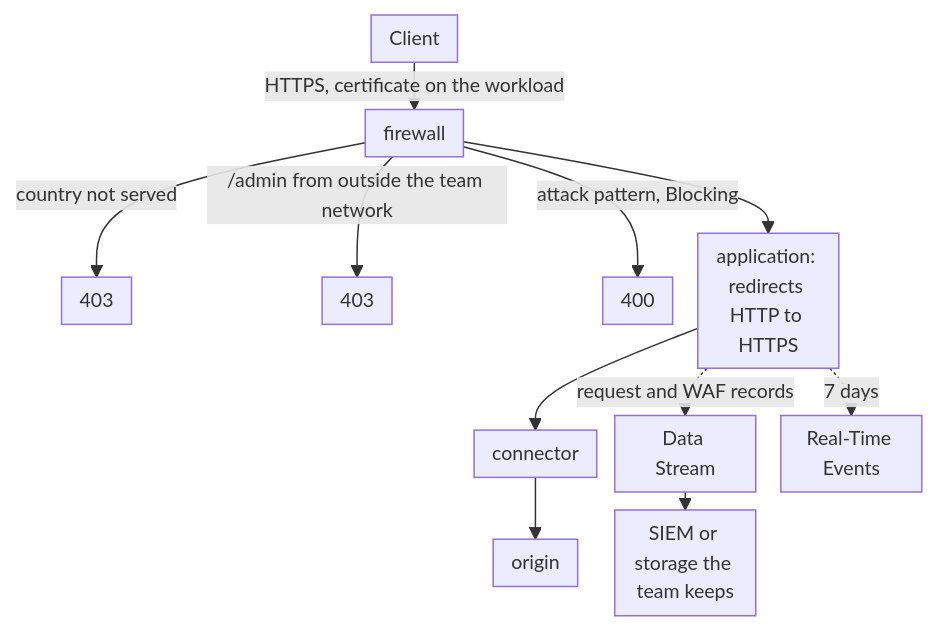
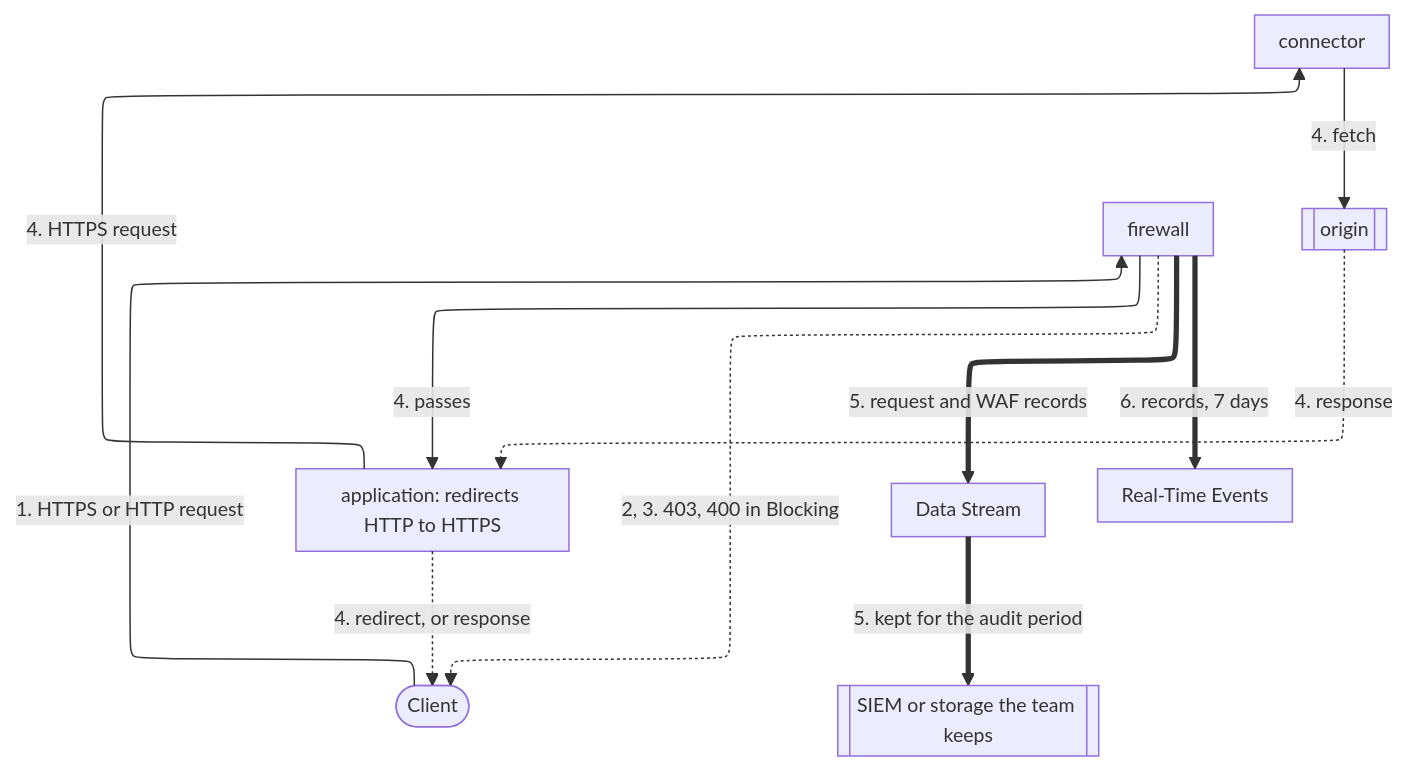
The diagram in apps/docs/src/content/docs/en/pages/architectures/compliance/compliance-architecture.mdx (aziontech/docs), drawn with Mermaid before and after one commit. The commit also changed other lines of this file and 179 other files, not shown here.

Commit message:
docs(diagrams): redraw every other diagram in the use-case diagram style (#2513)

````diff
--- a/apps/docs/src/content/docs/en/pages/architectures/compliance/compliance-architecture.mdx
+++ b/apps/docs/src/content/docs/en/pages/architectures/compliance/compliance-architecture.mdx
@@ -18,14 +20,22 @@
 ```mermaid
-%%{init: {"layout": "dagre", "themeVariables": {"fontSize": "13px"}, "flowchart": {"nodeSpacing": 12, "rankSpacing": 12, "padding": 6, "wrappingWidth": 70, "minNodeWidth": 40, "useMaxWidth": true}}}%%
+%%{init: {"layout": "elk", "elk": {"cycleBreakingStrategy": "MODEL_ORDER"}, "themeVariables": {"fontSize": "13px"}, "flowchart": {"nodeSpacing": 24, "rankSpacing": 36, "padding": 8, "wrappingWidth": 150, "useMaxWidth": true}, "sequence": {"width": 120, "actorMargin": 30, "useMaxWidth": true}}}%%
 flowchart TD
-  Client["Client"] -->|"HTTPS, certificate on the workload"| FW["firewall"]
-  FW -->|"country not served"| D1["403"]
-  FW -->|"/admin from outside the team network"| D2["403"]
-  FW -->|"attack pattern, Blocking"| D3["400"]
-  FW --> App["application: redirects HTTP to HTTPS"]
-  App --> Conn["connector"]
-  Conn --> Origin["origin"]
-  App -.->|"request and WAF records"| DS["Data Stream"]
-  DS --> Dest["SIEM or storage the team keeps"]
-  App -.->|"7 days"| RTE["Real-Time Events"]
+  Client(["Client"])
+  FW["firewall"]
+  App["application: redirects HTTP to HTTPS"]
+  Conn["connector"]
+  Origin[["origin"]]
+  DS["Data Stream"]
+  Dest[["SIEM or storage the team keeps"]]
+  RTE["Real-Time Events"]
+  Client -->|"1. HTTPS or HTTP request"| FW
+  FW -->|"4. passes"| App
+  App -->|"4. HTTPS request"| Conn
+  Conn -->|"4. fetch"| Origin
+  Origin -.->|"4. response"| App
+  App -.->|"4. redirect, or response"| Client
+  FW -.->|"2, 3. 403, 400 in Blocking"| Client
+  FW ==>|"5. request and WAF records"| DS
+  DS ==>|"5. kept for the audit period"| Dest
+  FW ==>|"6. records, 7 days"| RTE
 ```
````
